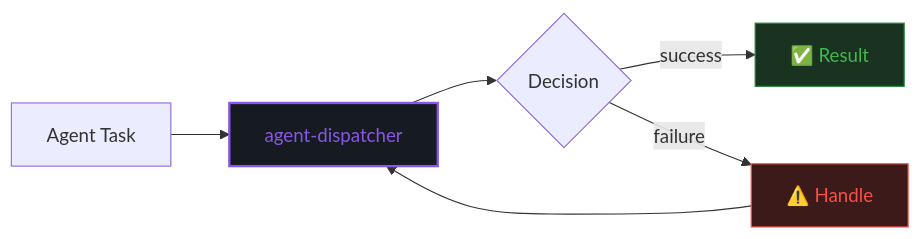
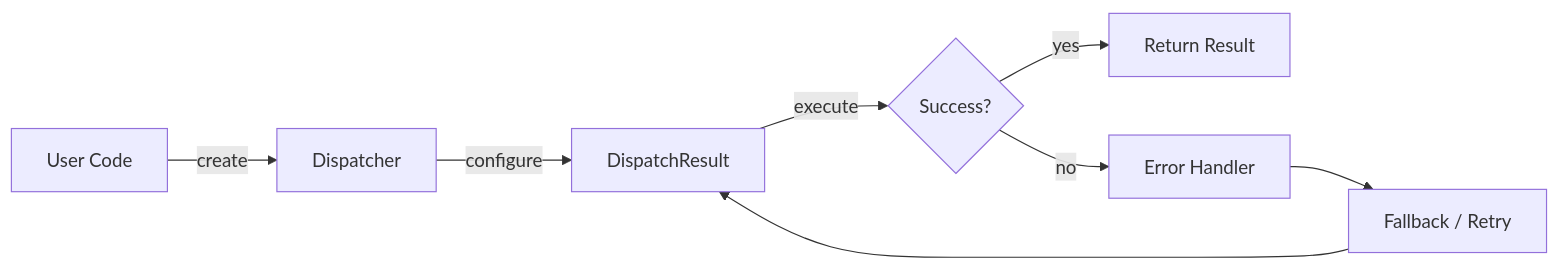
Before and after one commit to darshjme/duta: the first of 2 diagrams in README.md, drawn with Mermaid. The commit also changed other lines of this file and 1 other file, not shown here.

````diff
--- a/README.md
+++ b/README.md
@@ -59,12 +63,10 @@
 ```mermaid
 flowchart LR
-    A[Agent Task] --> B[agent-dispatcher]
-    B --> C{Decision}
-    C -->|success| D[✅ Result]
-    C -->|failure| E[⚠️ Handle]
-    E --> B
-
-    style B fill:#161b22,stroke:#8957e5,stroke-width:2,color:#8957e5
-    style D fill:#1a3320,stroke:#238636,color:#3fb950
-    style E fill:#3d1a1a,stroke:#f85149,color:#f85149
+    A[User Code] -->|create| B[Dispatcher]
+    B -->|configure| C[DispatchResult]
+    C -->|execute| D{Success?}
+    D -->|yes| E[Return Result]
+    D -->|no| F[Error Handler]
+    F --> G[Fallback / Retry]
+    G --> C
 ```
````
